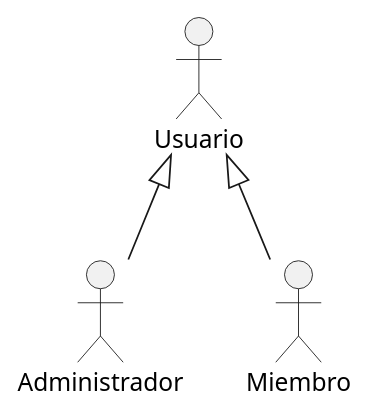
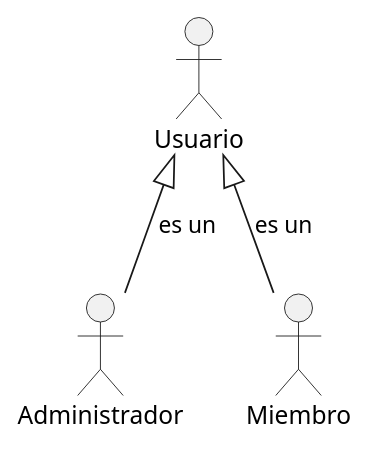
One commit to arrietajohn/JFamilyFinances changed the diagram in src/FamilyFinances/Documentation/Diagrama-de-Casos-de-uso-Actores.puml. Above: the diagram before and after it, drawn with PlantUML. The commit also changed 31 other files, not shown here.

```diff
--- a/src/FamilyFinances/Documentation/Diagrama-de-Casos-de-uso-Actores.puml
+++ b/src/FamilyFinances/Documentation/Diagrama-de-Casos-de-uso-Actores.puml
@@ -1,9 +1,9 @@
 @startuml
 ' Actores
 :Usuario: as Act1
 :Administrador: as Act2
 :Miembro: as Act3
-Act1 <|-- Act2
-Act1 <|-- Act3
+Act1 <|-- Act2 : es un
+Act1 <|-- Act3  : es un
 
 @enduml
```
